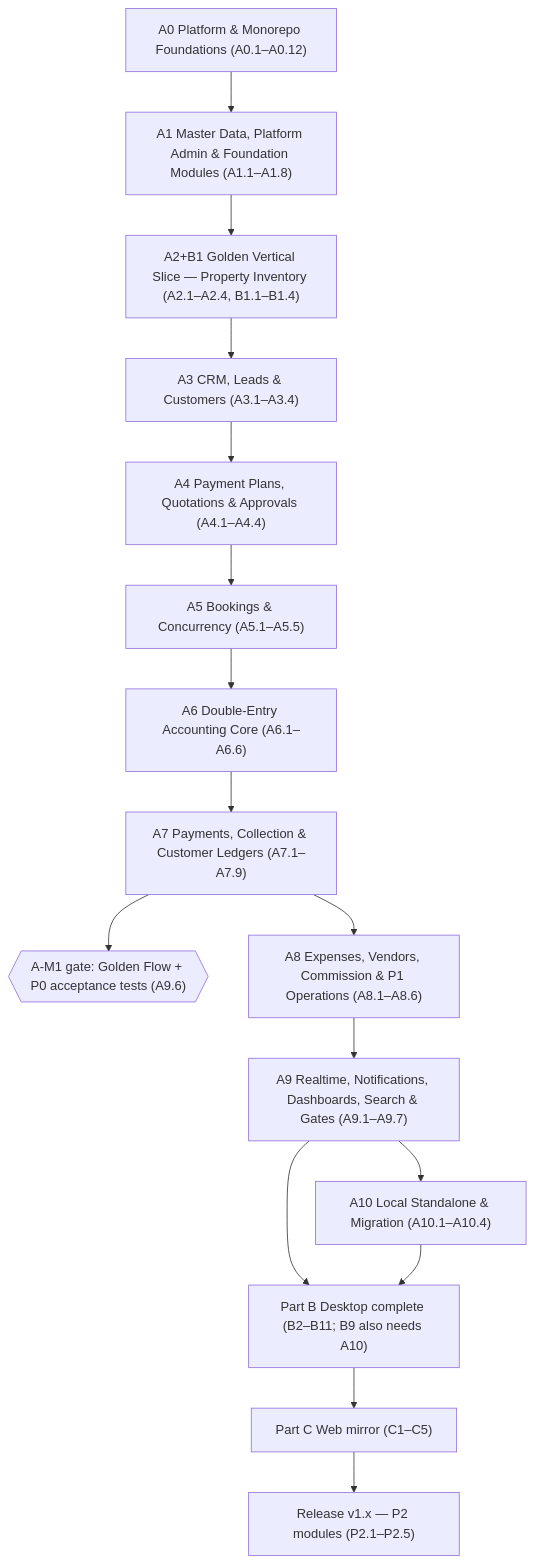
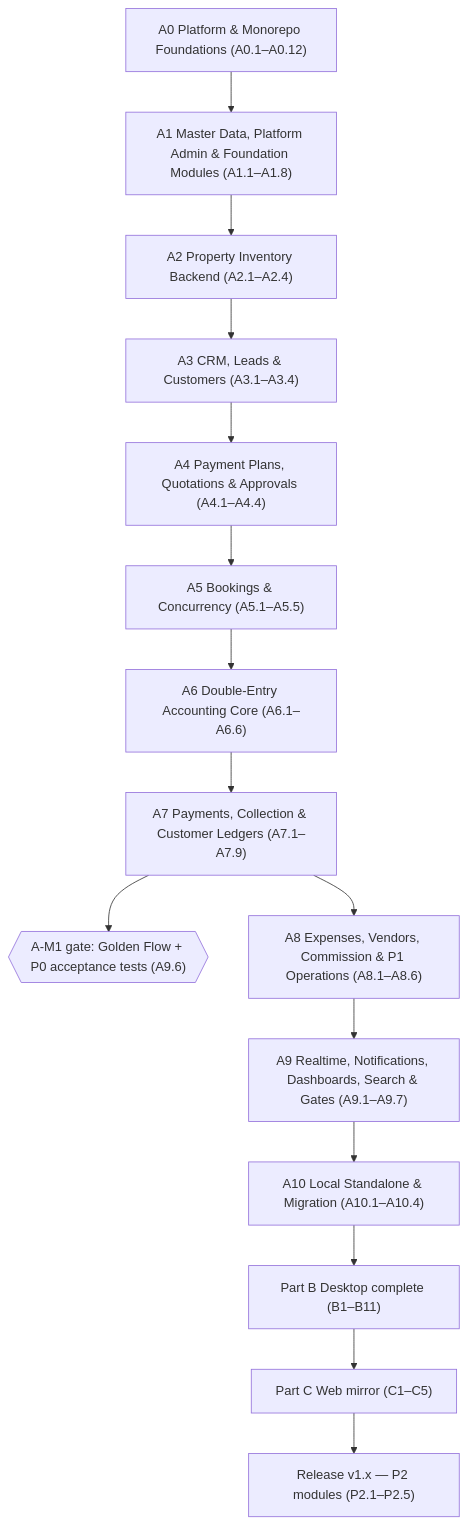
The diagram in agent/task.md (rashedulraha/ExzaEstate), drawn with Mermaid before and after one commit. The commit also changed other lines of this file and 1 other file, not shown here.

````diff
--- a/agent/task.md
+++ b/agent/task.md
@@ -50,18 +50,17 @@
 ```mermaid
 graph TD
     A0["A0 Platform & Monorepo Foundations (A0.1–A0.12)"] --> A1["A1 Master Data, Platform Admin & Foundation Modules (A1.1–A1.8)"]
-    A1 --> A2["A2+B1 Golden Vertical Slice — Property Inventory (A2.1–A2.4, B1.1–B1.4)"]
+    A1 --> A2["A2 Property Inventory Backend (A2.1–A2.4)"]
     A2 --> A3["A3 CRM, Leads & Customers (A3.1–A3.4)"]
     A3 --> A4["A4 Payment Plans, Quotations & Approvals (A4.1–A4.4)"]
     A4 --> A5["A5 Bookings & Concurrency (A5.1–A5.5)"]
     A5 --> A6["A6 Double-Entry Accounting Core (A6.1–A6.6)"]
     A6 --> A7["A7 Payments, Collection & Customer Ledgers (A7.1–A7.9)"]
     A7 --> GATE1{{"A-M1 gate: Golden Flow + P0 acceptance tests (A9.6)"}}
     A7 --> A8["A8 Expenses, Vendors, Commission & P1 Operations (A8.1–A8.6)"]
     A8 --> A9["A9 Realtime, Notifications, Dashboards, Search & Gates (A9.1–A9.7)"]
     A9 --> A10["A10 Local Standalone & Migration (A10.1–A10.4)"]
-    A9 --> PartB["Part B Desktop complete (B2–B11; B9 also needs A10)"]
-    A10 --> PartB
+    A10 --> PartB["Part B Desktop complete (B1–B11)"]
     PartB --> PartC["Part C Web mirror (C1–C5)"]
     PartC --> P2["Release v1.x — P2 modules (P2.1–P2.5)"]
 ```
````
